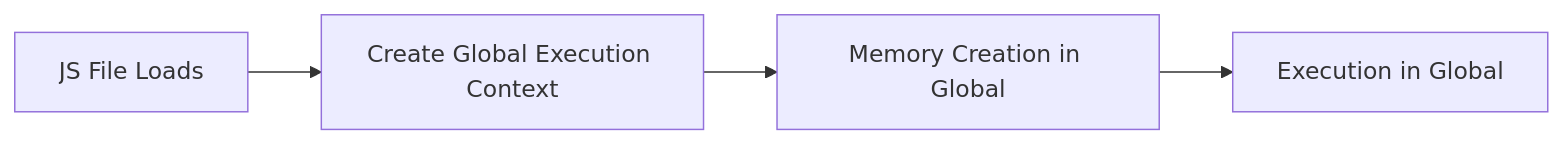
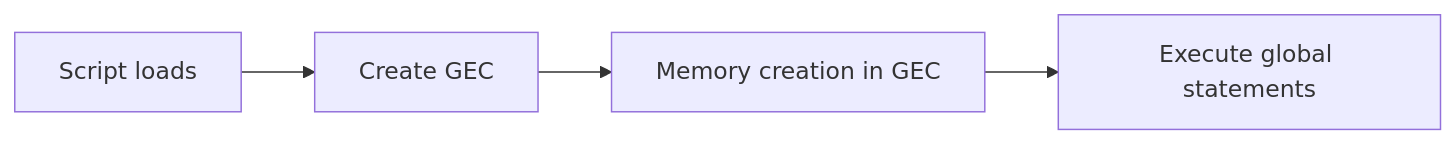
Before and after one commit to AbhishekDhone7/javascript-git-basics: the third of 14 diagrams in JavaScript-Beginners-Guide.md, drawn with Mermaid. The commit also changed other lines of this file and 1 other file, not shown here.

````diff
--- a/JavaScript-Beginners-Guide.md
+++ b/JavaScript-Beginners-Guide.md
@@ -228,6 +216,6 @@
 ```mermaid
 flowchart LR
-A[JS File Loads] --> B[Create Global Execution Context]
-B --> C[Memory Creation in Global]
-C --> D[Execution in Global]
+A[Script loads] --> B[Create GEC]
+B --> C[Memory creation in GEC]
+C --> D[Execute global statements]
 ```
````
